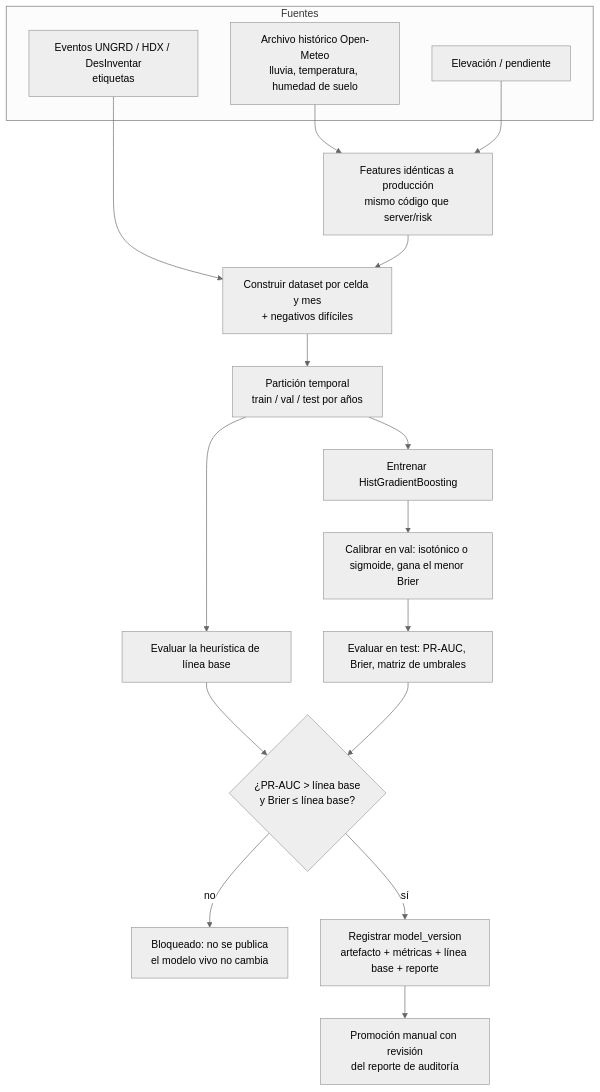
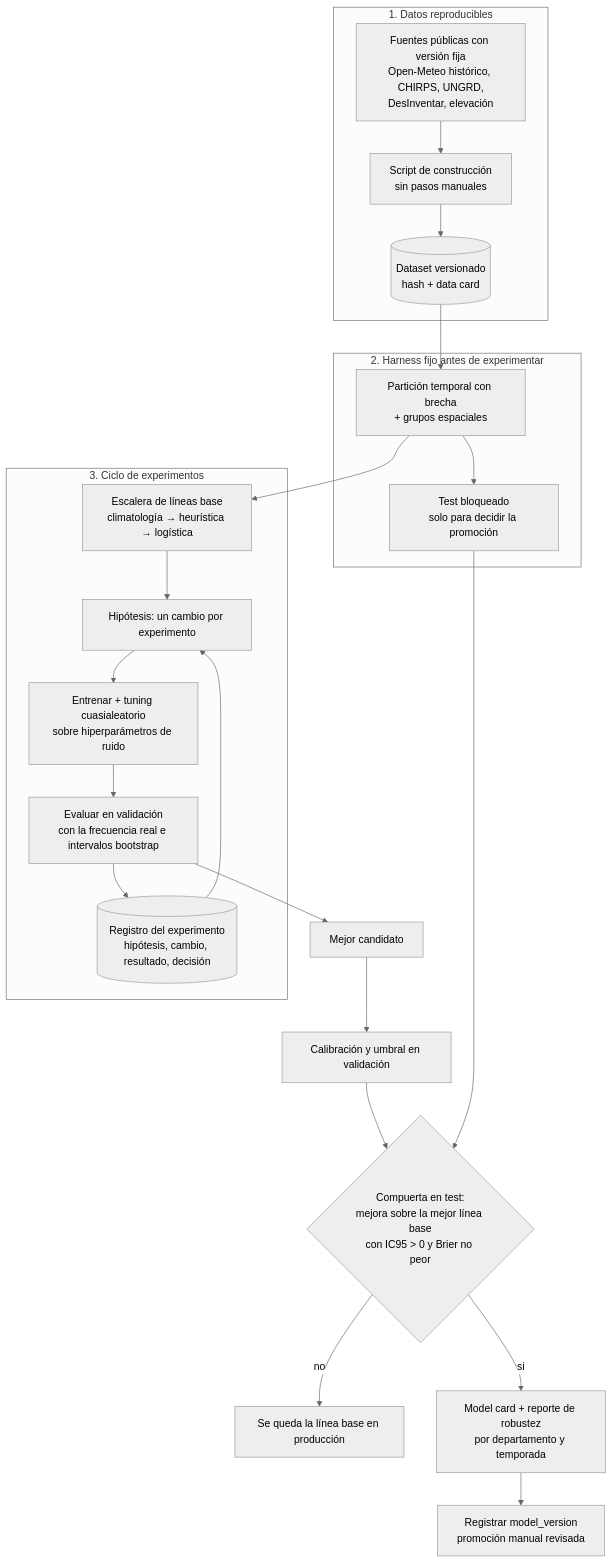
Before and after one commit to jab16jy/techcamp-v2: the diagram in docs/08-ml.md, drawn with Mermaid (neutral theme). The commit also changed other lines of this file and 11 other files, not shown here.

````diff
--- a/docs/08-ml.md
+++ b/docs/08-ml.md
@@ -21,22 +62,26 @@
 ```mermaid
 flowchart TD
-  subgraph fuentes [Fuentes]
-    ev[Eventos UNGRD / HDX / DesInventar<br/>etiquetas]
-    om[Archivo histórico Open-Meteo<br/>lluvia, temperatura, humedad de suelo]
-    el[Elevación / pendiente]
+  subgraph datos [1. Datos reproducibles]
+    src[Fuentes públicas con versión fija<br/>Open-Meteo histórico, CHIRPS, UNGRD,<br/>DesInventar, elevación] --> build[Script de construcción<br/>sin pasos manuales]
+    build --> dsv[(Dataset versionado<br/>hash + data card)]
   end
-  ev --> ds[Construir dataset por celda y mes<br/>+ negativos difíciles]
-  om --> ft[Features idénticas a producción<br/>mismo código que server/risk]
-  el --> ft
-  ft --> ds
-  ds --> sp[Partición temporal<br/>train / val / test por años]
-  sp --> bl[Evaluar la heurística de línea base]
-  sp --> tr[Entrenar HistGradientBoosting]
-  tr --> cal[Calibrar en val: isotónico o sigmoide, gana el menor Brier]
-  cal --> ev2[Evaluar en test: PR-AUC, Brier, matriz de umbrales]
-  bl --> gate{¿PR-AUC > línea base<br/>y Brier ≤ línea base?}
-  ev2 --> gate
-  gate -- no --> blk[Bloqueado: no se publica<br/>el modelo vivo no cambia]
-  gate -- sí --> reg[Registrar model_version<br/>artefacto + métricas + línea base + reporte]
-  reg --> prom[Promoción manual con revisión<br/>del reporte de auditoría]
+  subgraph harness [2. Harness fijo antes de experimentar]
+    dsv --> split[Partición temporal con brecha<br/>+ grupos espaciales]
+    split --> lock[Test bloqueado<br/>solo para decidir la promoción]
+  end
+  subgraph loop [3. Ciclo de experimentos]
+    split --> bl[Escalera de líneas base<br/>climatología → heurística → logística]
+    bl --> hyp[Hipótesis: un cambio por experimento]
+    hyp --> run[Entrenar + tuning cuasialeatorio<br/>sobre hiperparámetros de ruido]
+    run --> ev[Evaluar en validación<br/>con la frecuencia real e intervalos bootstrap]
+    ev --> log[(Registro del experimento<br/>hipótesis, cambio, resultado, decisión)]
+    log --> hyp
+  end
+  ev --> best[Mejor candidato]
+  best --> cal[Calibración y umbral en validación]
+  cal --> gate{Compuerta en test:<br/>mejora sobre la mejor línea base<br/>con IC95 > 0 y Brier no peor}
+  lock --> gate
+  gate -- no --> keep[Se queda la línea base en producción]
+  gate -- sí --> card[Model card + reporte de robustez<br/>por departamento y temporada]
+  card --> reg[Registrar model_version<br/>promoción manual revisada]
 ```
````
